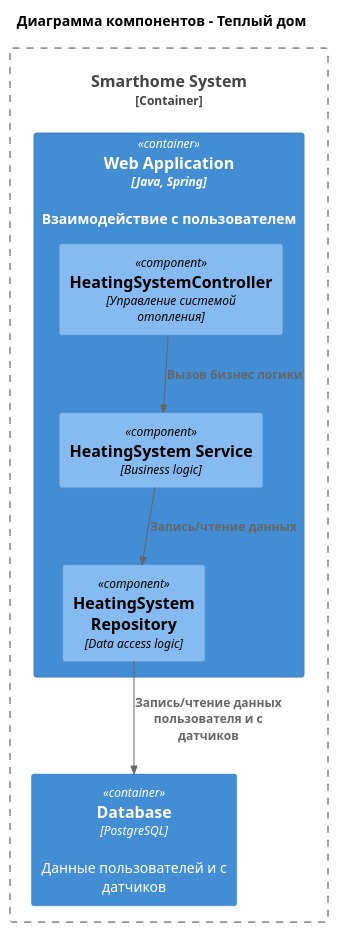
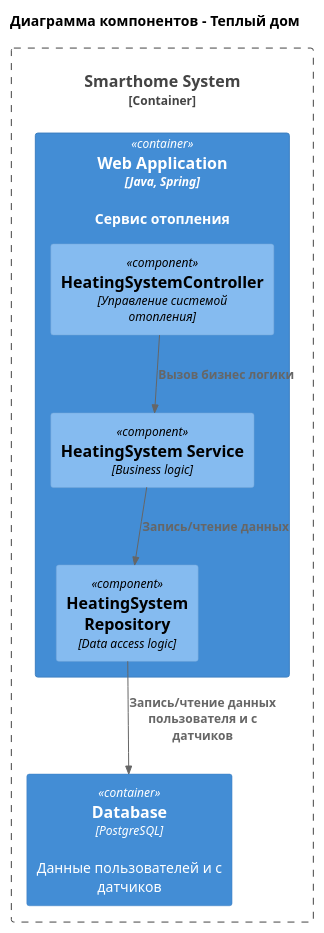
Before and after one commit to fireflysmk/architecture-sprint-3: the diagram in diagrams/task2/task2_component_as_is.puml, drawn with PlantUML. The commit also changed 3 other files, not shown here.

```diff
--- a/diagrams/task2/task2_component_as_is.puml
+++ b/diagrams/task2/task2_component_as_is.puml
@@ -1,22 +1,22 @@
 @startuml
 title Диаграмма компонентов - Теплый дом
 
 top to bottom direction
 
 !includeurl https://raw.githubusercontent.com/RicardoNiepel/C4-PlantUML/master/C4_Component.puml
 
 Container_Boundary(SmartHomeSystem, "Smarthome System") {
-  Container(WebApp, "Web Application", "Java, Spring", "Взаимодействие с пользователем")
+  Container(WebApp, "Web Application", "Java, Spring", "Сервис отопления")
   Container(Database, "Database", "PostgreSQL", "Данные пользователей и с датчиков")
 }
 
 Container(WebApp, "Web Application", "Java, Spring") {
   Component(HeatingSystemController, "HeatingSystemController", "Управление системой отопления")
   Component(HeatingSystemService, "HeatingSystem Service", "Business logic")
   Component(HeatingSystemRepository, "HeatingSystem Repository", "Data access logic")
 }
 
 Rel(HeatingSystemController,HeatingSystemService,"Вызов бизнес логики")
 Rel(HeatingSystemService,HeatingSystemRepository,"Запись/чтение данных")
 Rel(HeatingSystemRepository,Database,"Запись/чтение данных пользователя и с датчиков")
 @enduml
```
